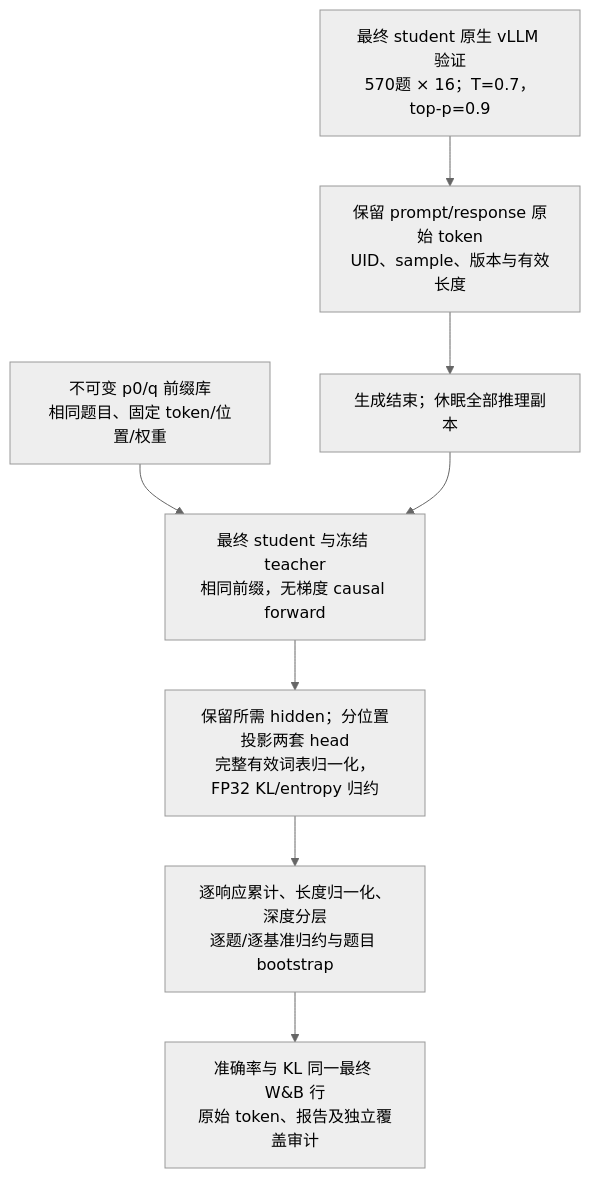
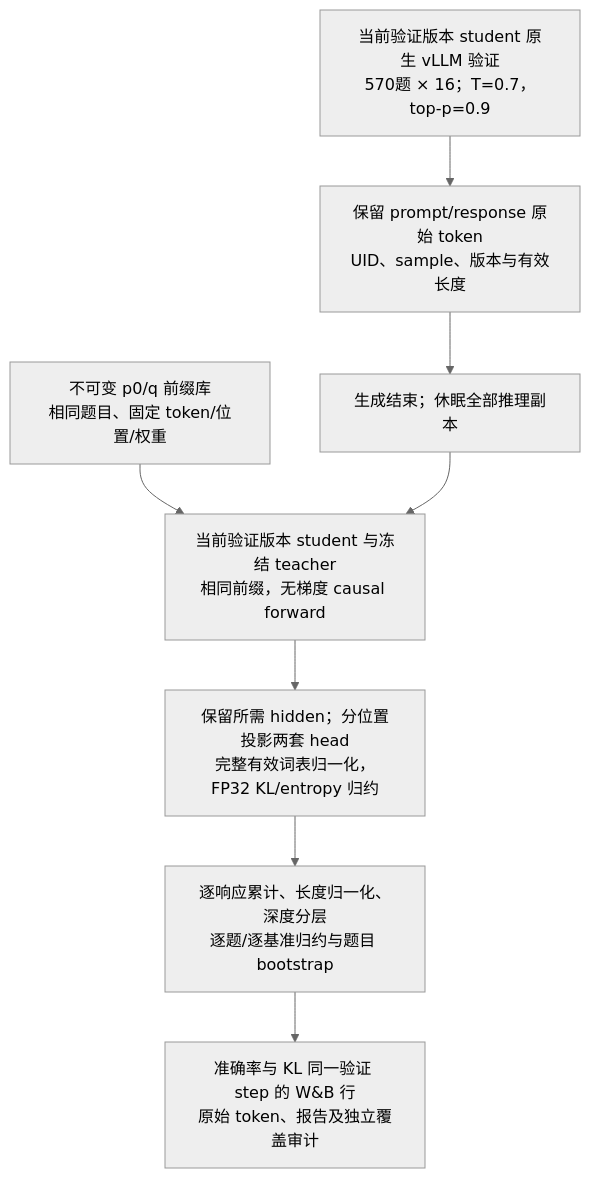
Before and after one commit to WncFht/OPD-State: the diagram in docs/experiment/2026-10-19-rollout验证KL与状态诊断.md, drawn with Mermaid (neutral theme). The commit also changed other lines of this file and 7 other files, not shown here.

````diff
--- a/docs/experiment/2026-10-19-rollout验证KL与状态诊断.md
+++ b/docs/experiment/2026-10-19-rollout验证KL与状态诊断.md
@@ -19,10 +40,10 @@
 ```mermaid
 flowchart TD
-    V["最终 student 原生 vLLM 验证<br/>570题 × 16；T=0.7，top-p=0.9"] --> R["保留 prompt/response 原始 token<br/>UID、sample、版本与有效长度"]
+    V["当前验证版本 student 原生 vLLM 验证<br/>570题 × 16；T=0.7，top-p=0.9"] --> R["保留 prompt/response 原始 token<br/>UID、sample、版本与有效长度"]
     R --> D["生成结束；休眠全部推理副本"]
     B["不可变 p0/q 前缀库<br/>相同题目、固定 token/位置/权重"] --> S
-    D --> S["最终 student 与冻结 teacher<br/>相同前缀，无梯度 causal forward"]
+    D --> S["当前验证版本 student 与冻结 teacher<br/>相同前缀，无梯度 causal forward"]
     S --> H["保留所需 hidden；分位置投影两套 head<br/>完整有效词表归一化，FP32 KL/entropy 归约"]
     H --> A["逐响应累计、长度归一化、深度分层<br/>逐题/逐基准归约与题目 bootstrap"]
-    A --> O["准确率与 KL 同一最终 W&B 行<br/>原始 token、报告及独立覆盖审计"]
+    A --> O["准确率与 KL 同一验证 step 的 W&B 行<br/>原始 token、报告及独立覆盖审计"]
 ```
````
